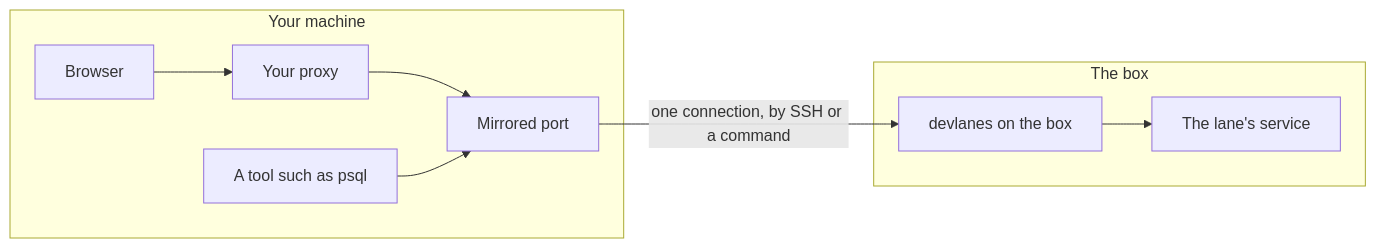
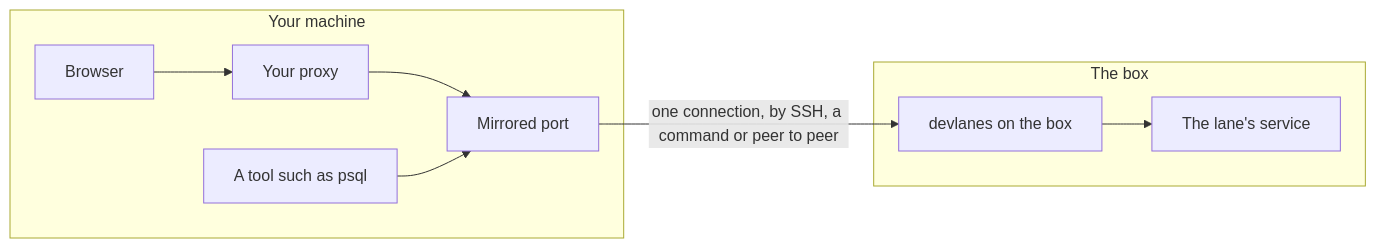
The diagram in docs/concepts/remote-mirroring.md (devlanes-run/devlanes), drawn with Mermaid before and after one commit. The commit also changed other lines of this file and 14 other files, not shown here.

````diff
--- a/docs/concepts/remote-mirroring.md
+++ b/docs/concepts/remote-mirroring.md
@@ -13,17 +13,17 @@
 ```mermaid
 flowchart LR
   accTitle: A browser and a tool on your machine reach a service on the box through a mirrored port and one connection
   subgraph you["Your machine"]
     browser["Browser"]
     proxy["Your proxy"]
     tool["A tool such as psql"]
     port["Mirrored port"]
   end
   subgraph box["The box"]
     boxdaemon["devlanes on the box"]
     svc["The lane's service"]
   end
   browser --> proxy --> port
   tool --> port
-  port -- "one connection, by SSH or a command" --> boxdaemon --> svc
+  port -- "one connection, by SSH, a command or peer to peer" --> boxdaemon --> svc
 ```
````
